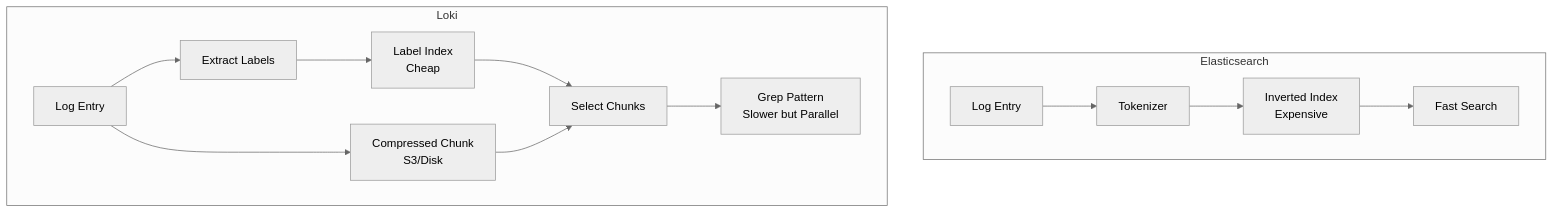
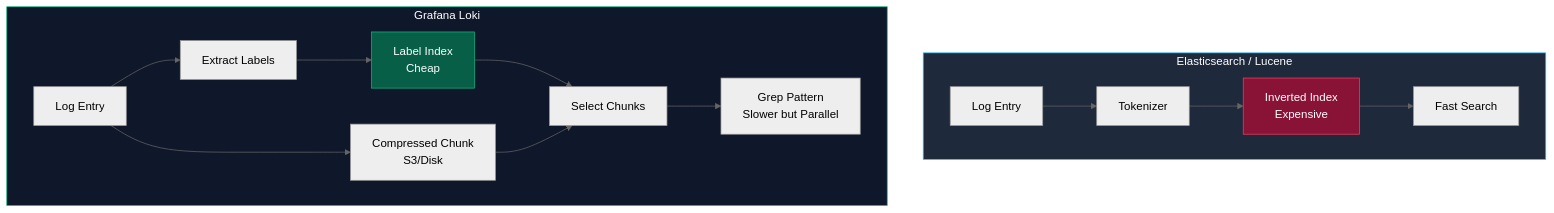
Before and after one commit to UnrealTemplier/go-textbook: the diagram in sources/18. Observability (Мониторинг и наблюдаемость)/03. Логирование/5. Log aggregation системы.md, drawn with Mermaid (neutral theme). The commit also changed other lines of this file, not shown here.

````diff
--- a/sources/18. Observability (Мониторинг и наблюдаемость)/03. Логирование/5. Log aggregation системы.md
+++ b/sources/18. Observability (Мониторинг и наблюдаемость)/03. Логирование/5. Log aggregation системы.md
@@ -37,17 +18,22 @@
 ```mermaid
 flowchart TD
-    subgraph Elastic ["Elasticsearch"]
+    subgraph Elastic ["Elasticsearch / Lucene"]
         A1["Log Entry"] --> B1["Tokenizer"]
         B1 --> C1["Inverted Index<br>Expensive"]
         C1 --> D1["Fast Search"]
     end
 
-    subgraph Loki ["Loki"]
+    subgraph Loki ["Grafana Loki"]
         A2["Log Entry"] --> B2["Extract Labels"]
         B2 --> C2["Label Index<br>Cheap"]
         A2 --> E2["Compressed Chunk<br>S3/Disk"]
         C2 --> D2["Select Chunks"]
         E2 --> D2
         D2 --> F2["Grep Pattern<br>Slower but Parallel"]
     end
+
+    style Elastic fill:#1e293b,stroke:#38bdf8,stroke-width:1px,color:#fff
+    style Loki fill:#0f172a,stroke:#10b981,stroke-width:1px,color:#fff
+    style C1 fill:#881337,stroke:#f43f5e,color:#fff
+    style C2 fill:#065f46,stroke:#10b981,color:#fff
 ```
````
